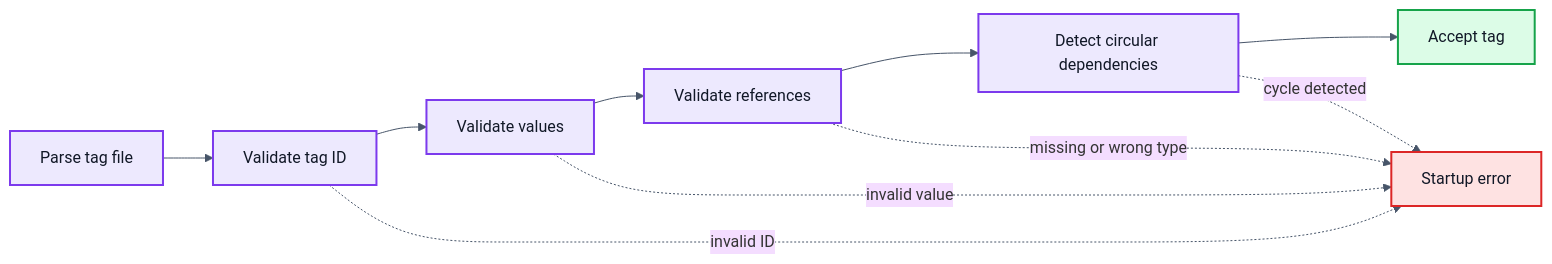
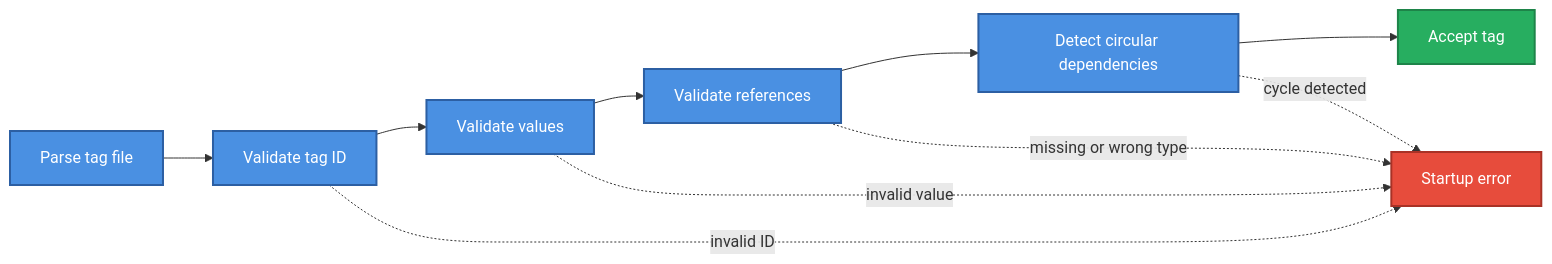
One commit to AzureDoom/TagCore changed the fifth of 6 diagrams in docs/tag-loading.md. Above: the diagram before and after it, drawn with Mermaid. The commit also changed other lines of this file, not shown here.

````diff
--- a/docs/tag-loading.md
+++ b/docs/tag-loading.md
@@ -174,28 +146,23 @@
 ```mermaid
-%%{init: {
-  "theme": "base",
-  "themeVariables": {
-    "lineColor": "#475569",
-    "background": "#FFFFFF"
-  }
-}}%%
 flowchart LR
     A[Parse tag file] --> B[Validate tag ID]
     B --> C[Validate values]
     C --> D[Validate references]
     D --> E[Detect circular dependencies]
     E --> F[Accept tag]
 
     B -. invalid ID .-> G[Startup error]
     C -. invalid value .-> G
     D -. missing or wrong type .-> G
     E -. cycle detected .-> G
 
-    classDef process fill:#EDE9FE,stroke:#7C3AED,color:#111827,stroke-width:2px;
-    classDef accept fill:#DCFCE7,stroke:#16A34A,color:#111827,stroke-width:2px;
-    classDef fail fill:#FEE2E2,stroke:#DC2626,color:#111827,stroke-width:2px;
+%% Classes
+    classDef process fill:#4A90E2,color:#fff,stroke:#2C5FA3,stroke-width:2px;
+    classDef accept fill:#27AE60,color:#fff,stroke:#1E8449,stroke-width:2px;
+    classDef fail fill:#E74C3C,color:#fff,stroke:#A93226,stroke-width:2px;
 
+%% Apply classes
     class A,B,C,D,E process;
     class F accept;
     class G fail;
 ```
````
